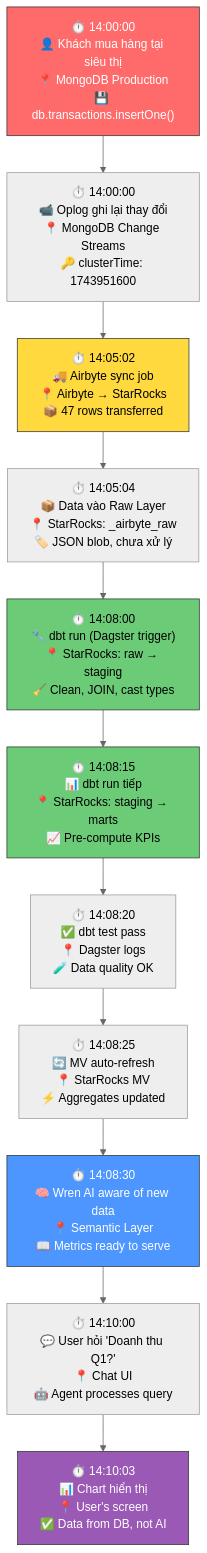
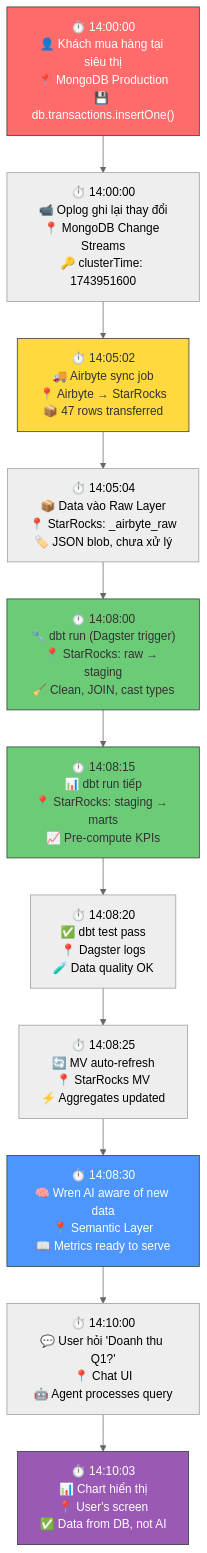
Before and after one commit to vanductai/research: diagram 17 of 38 in bi/bi-research.md, drawn with Mermaid (neutral theme). The commit also changed other lines of this file and 2 other files, not shown here.

Commit message:
refactor: update mermaid diagrams in bi-research.md and remove obsolete backup files

````diff
--- a/bi/bi-research.md
+++ b/bi/bi-research.md
@@ -3083,29 +3083,29 @@
 ```mermaid
 graph TD
-    T0["⏱️ 14:00:00\n👤 Khách mua hàng tại siêu thị\n📍 MongoDB Production\n💾 db.transactions.insertOne()"] --> T1["⏱️ 14:00:00\n📹 Oplog ghi lại thay đổi\n📍 MongoDB Change Streams\n🔑 clusterTime: 1743951600"]
+    T0["⏱️ 14:00:00<br/>👤 Khách mua hàng tại siêu thị<br/>📍 MongoDB Production<br/>💾 db.transactions.insertOne()"] --> T1["⏱️ 14:00:00<br/>📹 Oplog ghi lại thay đổi<br/>📍 MongoDB Change Streams<br/>🔑 clusterTime: 1743951600"]
     
-    T1 --> T2["⏱️ 14:05:02\n🚚 Airbyte sync job\n📍 Airbyte → StarRocks\n📦 47 rows transferred"]
+    T1 --> T2["⏱️ 14:05:02<br/>🚚 Airbyte sync job<br/>📍 Airbyte → StarRocks<br/>📦 47 rows transferred"]
     
-    T2 --> T3["⏱️ 14:05:04\n📦 Data vào Raw Layer\n📍 StarRocks: _airbyte_raw\n🏷️ JSON blob, chưa xử lý"]
+    T2 --> T3["⏱️ 14:05:04<br/>📦 Data vào Raw Layer<br/>📍 StarRocks: _airbyte_raw<br/>🏷️ JSON blob, chưa xử lý"]
     
-    T3 --> T4["⏱️ 14:08:00\n🔧 dbt run (Dagster trigger)\n📍 StarRocks: raw → staging\n🧹 Clean, JOIN, cast types"]
+    T3 --> T4["⏱️ 14:08:00<br/>🔧 dbt run (Dagster trigger)<br/>📍 StarRocks: raw → staging<br/>🧹 Clean, JOIN, cast types"]
     
-    T4 --> T5["⏱️ 14:08:15\n📊 dbt run tiếp\n📍 StarRocks: staging → marts\n📈 Pre-compute KPIs"]
+    T4 --> T5["⏱️ 14:08:15<br/>📊 dbt run tiếp<br/>📍 StarRocks: staging → marts<br/>📈 Pre-compute KPIs"]
     
-    T5 --> T6["⏱️ 14:08:20\n✅ dbt test pass\n📍 Dagster logs\n🧪 Data quality OK"]
+    T5 --> T6["⏱️ 14:08:20<br/>✅ dbt test pass<br/>📍 Dagster logs<br/>🧪 Data quality OK"]
     
-    T6 --> T7["⏱️ 14:08:25\n🔄 MV auto-refresh\n📍 StarRocks MV\n⚡ Aggregates updated"]
+    T6 --> T7["⏱️ 14:08:25<br/>🔄 MV auto-refresh<br/>📍 StarRocks MV<br/>⚡ Aggregates updated"]
     
-    T7 --> T8["⏱️ 14:08:30\n🧠 Wren AI aware of new data\n📍 Semantic Layer\n📖 Metrics ready to serve"]
+    T7 --> T8["⏱️ 14:08:30<br/>🧠 Wren AI aware of new data<br/>📍 Semantic Layer<br/>📖 Metrics ready to serve"]
     
-    T8 --> T9["⏱️ 14:10:00\n💬 User hỏi 'Doanh thu Q1?'\n📍 Chat UI\n🤖 Agent processes query"]
+    T8 --> T9["⏱️ 14:10:00<br/>💬 User hỏi 'Doanh thu Q1?'<br/>📍 Chat UI<br/>🤖 Agent processes query"]
     
-    T9 --> T10["⏱️ 14:10:03\n📊 Chart hiển thị\n📍 User's screen\n✅ Data from DB, not AI"]
+    T9 --> T10["⏱️ 14:10:03<br/>📊 Chart hiển thị<br/>📍 User's screen<br/>✅ Data from DB, not AI"]
     
     style T0 fill:#ff6b6b,stroke:#333,color:#fff
-    style T2 fill:#ffd93d,stroke:#333
-    style T4 fill:#6bcb77,stroke:#333
-    style T5 fill:#6bcb77,stroke:#333
+    style T2 fill:#ffd93d,stroke:#333,color:#333
+    style T4 fill:#6bcb77,stroke:#333,color:#333
+    style T5 fill:#6bcb77,stroke:#333,color:#333
     style T8 fill:#4d96ff,stroke:#333,color:#fff
     style T10 fill:#9b59b6,stroke:#333,color:#fff
 ```
````
